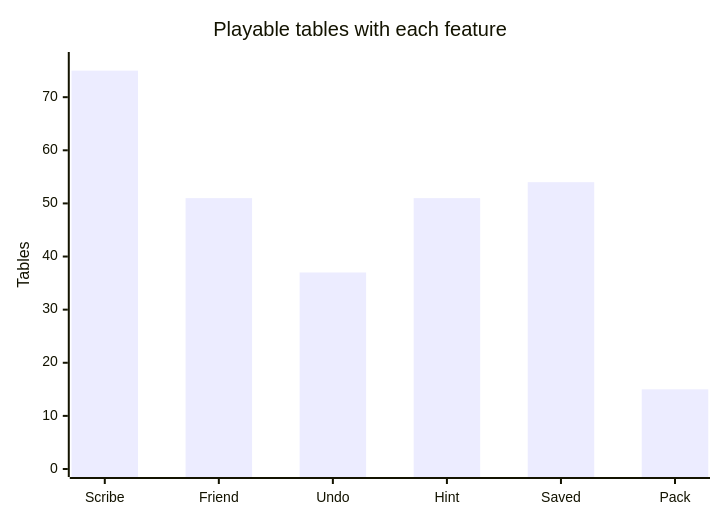
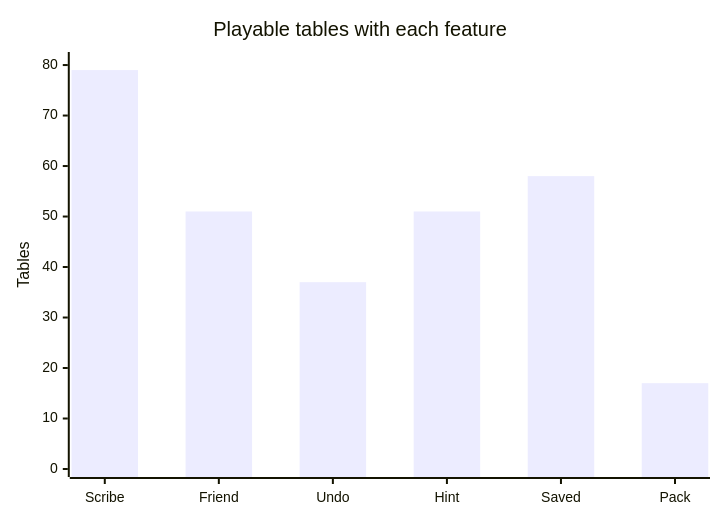
Before and after one commit to CptNope/Librarium-Archives: the third of 9 diagrams in docs/games/README.md, drawn with Mermaid. The commit also changed other lines of this file and 43 other files, not shown here.

````diff
--- a/docs/games/README.md
+++ b/docs/games/README.md
@@ -219,7 +223,7 @@
 ```mermaid
 xychart-beta
     title "Playable tables with each feature"
     x-axis ["Scribe", "Friend", "Undo", "Hint", "Saved", "Pack"]
-    y-axis "Tables" 0 --> 77
-    bar [75, 51, 37, 51, 54, 15]
+    y-axis "Tables" 0 --> 81
+    bar [79, 51, 37, 51, 58, 17]
 ```
````
